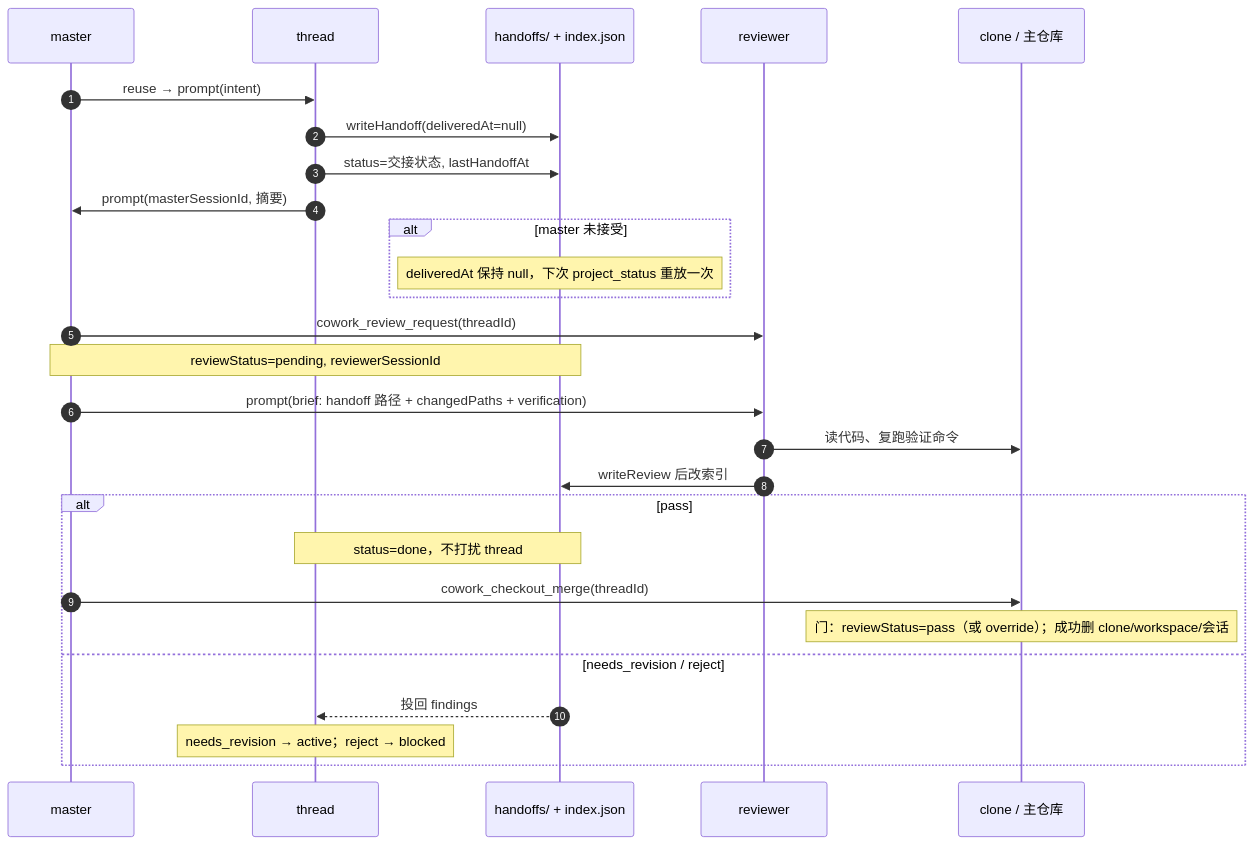
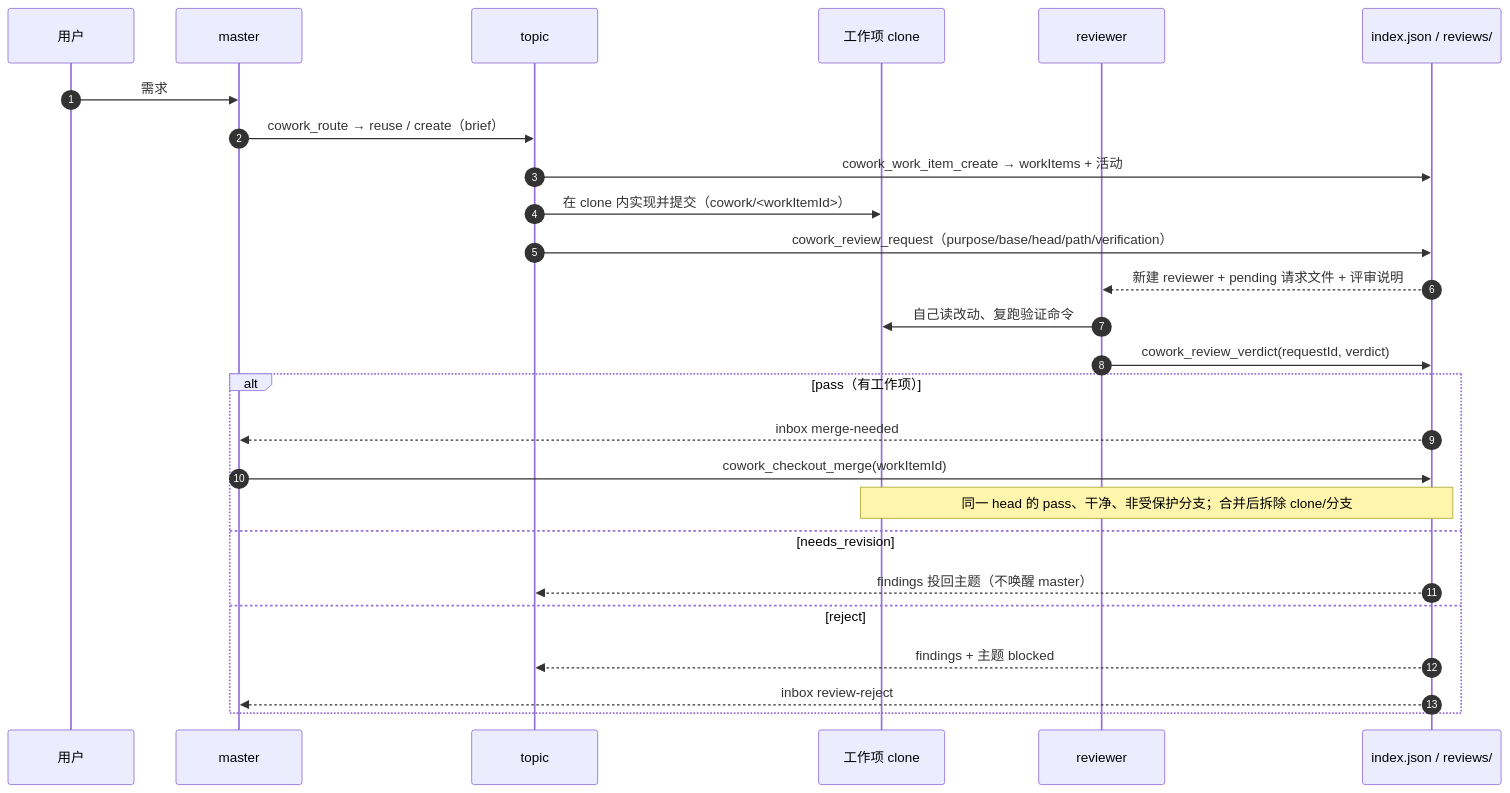
One commit to leigangzhang/dsh-cowork changed the second of 2 diagrams in docs/routing.md. Above: the diagram before and after it, drawn with Mermaid. The commit also changed other lines of this file and 3 other files, not shown here.

````diff
--- a/docs/routing.md
+++ b/docs/routing.md
@@ -194,30 +71,29 @@
 ```mermaid
 sequenceDiagram
   autonumber
+  participant U as 用户
   participant M as master
-  participant T as thread
-  participant H as handoffs/ + index.json
+  participant T as topic
+  participant W as 工作项 clone
   participant R as reviewer
-  participant G as clone / 主仓库
+  participant I as index.json / reviews/
 
-  M->>T: reuse → prompt(intent)
-  T->>H: writeHandoff(deliveredAt=null)
-  T->>H: status=交接状态, lastHandoffAt
-  T->>M: prompt(masterSessionId, 摘要)
-  alt master 未接受
-    Note over H: deliveredAt 保持 null，下次 project_status 重放一次
-  end
-  M->>R: cowork_review_request(threadId)
-  Note over M,H: reviewStatus=pending, reviewerSessionId
-  M->>R: prompt(brief: handoff 路径 + changedPaths + verification)
-  R->>G: 读代码、复跑验证命令
-  R->>H: writeReview 后改索引
-  alt pass
-    Note over T,H: status=done，不打扰 thread
-    M->>G: cowork_checkout_merge(threadId)
-    Note over G: 门：reviewStatus=pass（或 override）；成功删 clone/workspace/会话
-  else needs_revision / reject
-    H-->>T: 投回 findings
-    Note over T: needs_revision → active；reject → blocked
+  U->>M: 需求
+  M->>T: cowork_route → reuse / create（brief）
+  T->>I: cowork_work_item_create → workItems + 活动
+  T->>W: 在 clone 内实现并提交（cowork/<workItemId>）
+  T->>I: cowork_review_request（purpose/base/head/path/verification）
+  I-->>R: 新建 reviewer + pending 请求文件 + 评审说明
+  R->>W: 自己读改动、复跑验证命令
+  R->>I: cowork_review_verdict(requestId, verdict)
+  alt pass（有工作项）
+    I-->>M: inbox merge-needed
+    M->>I: cowork_checkout_merge(workItemId)
+    Note over I,W: 同一 head 的 pass、干净、非受保护分支；合并后拆除 clone/分支
+  else needs_revision
+    I-->>T: findings 投回主题（不唤醒 master）
+  else reject
+    I-->>T: findings + 主题 blocked
+    I-->>M: inbox review-reject
   end
 ```
````
